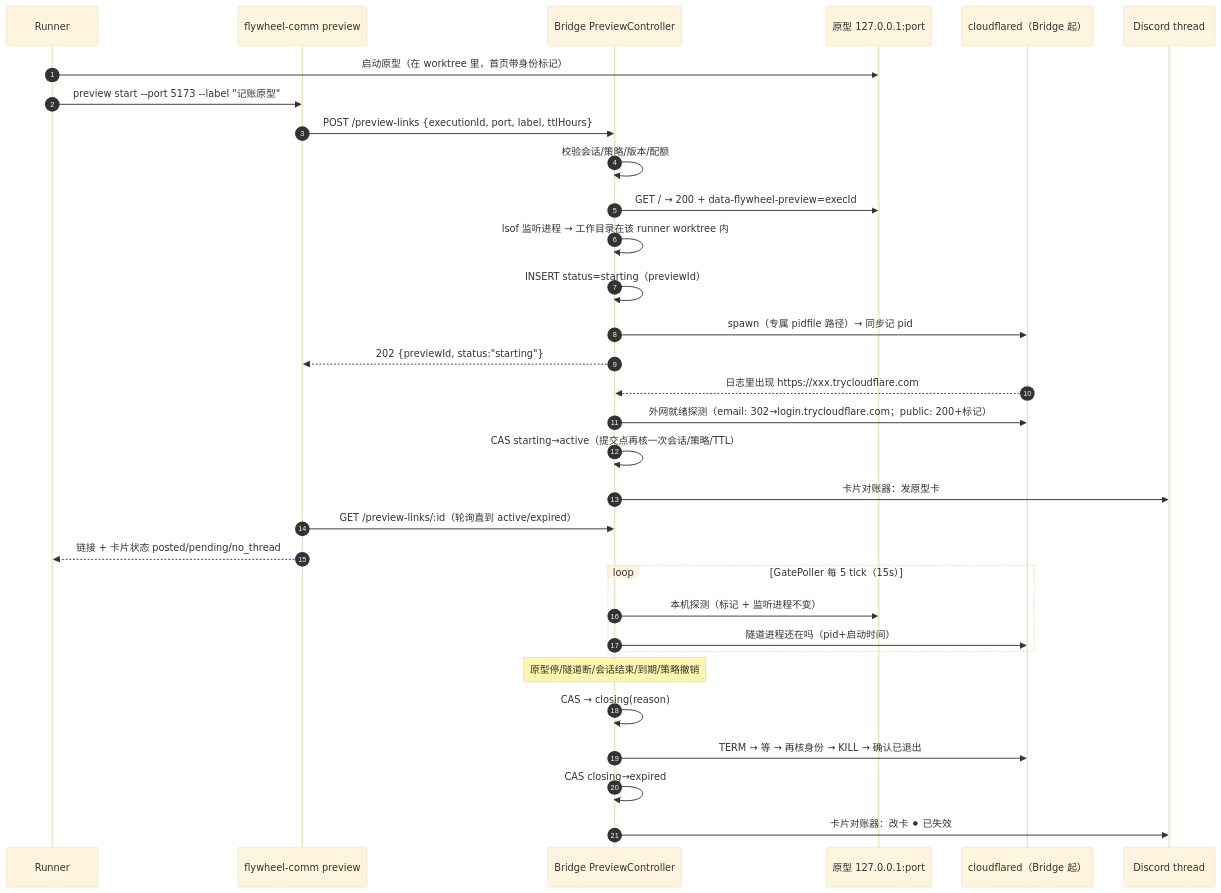
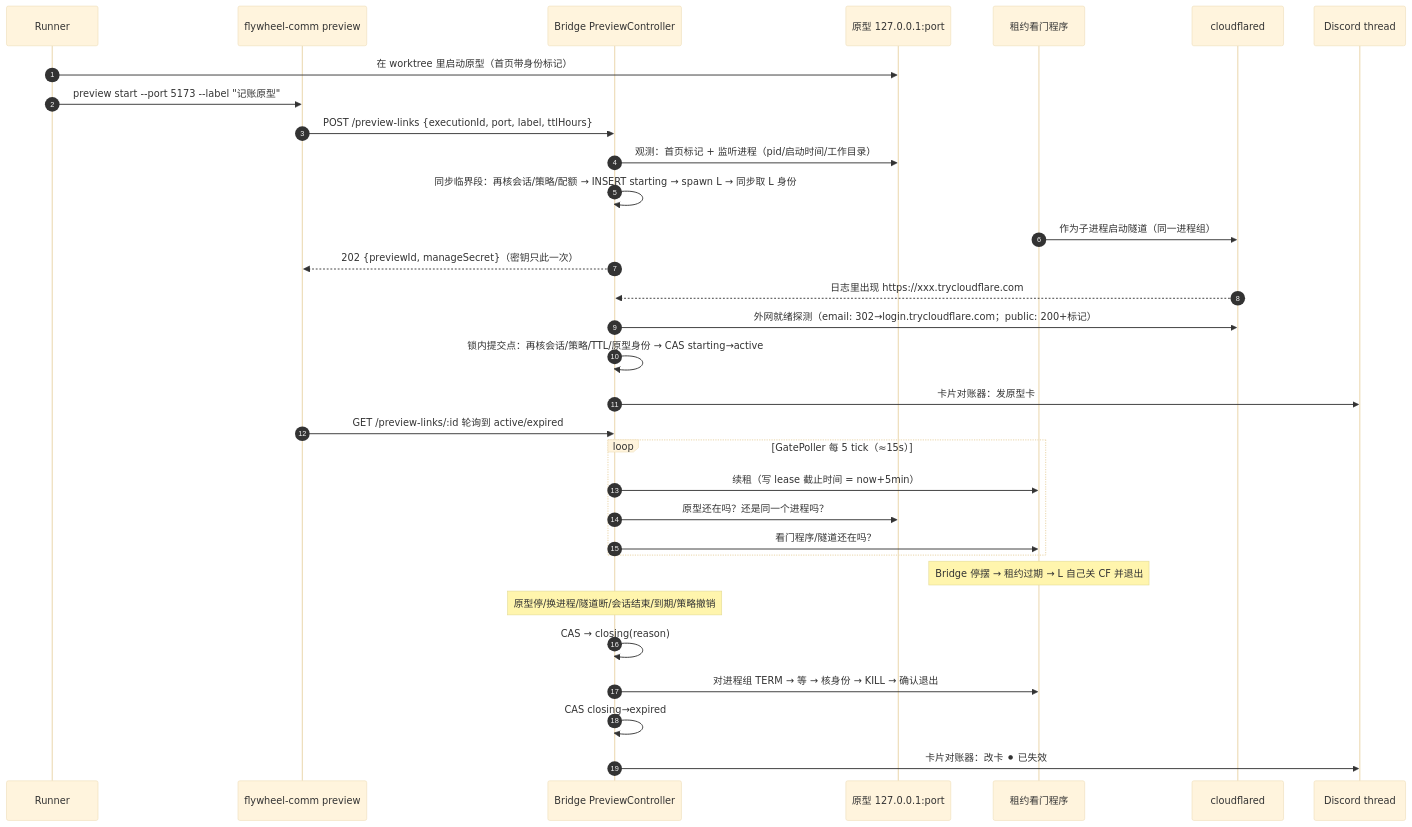
One commit to xrliAnnie/flywheel-qa-sandbox changed the first of 2 diagrams in engineering/doc/FLY-3137-phone-prototype-link/plan.md. Above: the diagram before and after it, drawn with Mermaid (base theme). The commit also changed other lines of this file, not shown here.

Commit message:
docs(FLY-3137): plan v3 after Codex R2 — lease watchdog, manage secret, sync admission, card delivery protocol

````diff
--- a/engineering/doc/FLY-3137-phone-prototype-link/plan.md
+++ b/engineering/doc/FLY-3137-phone-prototype-link/plan.md
@@ -47,34 +41,34 @@
 ```mermaid
 sequenceDiagram
     autonumber
     participant R as Runner
     participant CLI as flywheel-comm preview
     participant B as Bridge PreviewController
     participant O as 原型 127.0.0.1:port
-    participant CF as cloudflared（Bridge 起）
+    participant L as 租约看门程序
+    participant CF as cloudflared
     participant D as Discord thread
-    R->>O: 启动原型（在 worktree 里，首页带身份标记）
+    R->>O: 在 worktree 里启动原型（首页带身份标记）
     R->>CLI: preview start --port 5173 --label "记账原型"
     CLI->>B: POST /preview-links {executionId, port, label, ttlHours}
-    B->>B: 校验会话/策略/版本/配额
-    B->>O: GET / → 200 + data-flywheel-preview=execId
-    B->>B: lsof 监听进程 → 工作目录在该 runner worktree 内
-    B->>B: INSERT status=starting（previewId）
-    B->>CF: spawn（专属 pidfile 路径）→ 同步记 pid
-    B-->>CLI: 202 {previewId, status:"starting"}
+    B->>O: 观测：首页标记 + 监听进程（pid/启动时间/工作目录）
+    B->>B: 同步临界段：再核会话/策略/配额 → INSERT starting → spawn L → 同步取 L 身份
+    L->>CF: 作为子进程启动隧道（同一进程组）
+    B-->>CLI: 202 {previewId, manageSecret}（密钥只此一次）
     CF-->>B: 日志里出现 https://xxx.trycloudflare.com
     B->>CF: 外网就绪探测（email: 302→login.trycloudflare.com；public: 200+标记）
-    B->>B: CAS starting→active（提交点再核一次会话/策略/TTL）
+    B->>B: 锁内提交点：再核会话/策略/TTL/原型身份 → CAS starting→active
     B->>D: 卡片对账器：发原型卡
-    CLI->>B: GET /preview-links/:id（轮询直到 active/expired）
-    CLI-->>R: 链接 + 卡片状态 posted/pending/no_thread
-    loop GatePoller 每 5 tick（15s）
-        B->>O: 本机探测（标记 + 监听进程不变）
-        B->>CF: 隧道进程还在吗（pid+启动时间）
+    CLI->>B: GET /preview-links/:id 轮询到 active/expired
+    loop GatePoller 每 5 tick（≈15s）
+        B->>L: 续租（写 lease 截止时间 = now+5min）
+        B->>O: 原型还在吗？还是同一个进程吗？
+        B->>L: 看门程序/隧道还在吗？
     end
-    Note over B: 原型停/隧道断/会话结束/到期/策略撤销
+    Note over L: Bridge 停摆 → 租约过期 → L 自己关 CF 并退出
+    Note over B: 原型停/换进程/隧道断/会话结束/到期/策略撤销
     B->>B: CAS → closing(reason)
-    B->>CF: TERM → 等 → 再核身份 → KILL → 确认已退出
+    B->>L: 对进程组 TERM → 等 → 核身份 → KILL → 确认退出
     B->>B: CAS closing→expired
     B->>D: 卡片对账器：改卡 ⚫ 已失效
 ```
````
